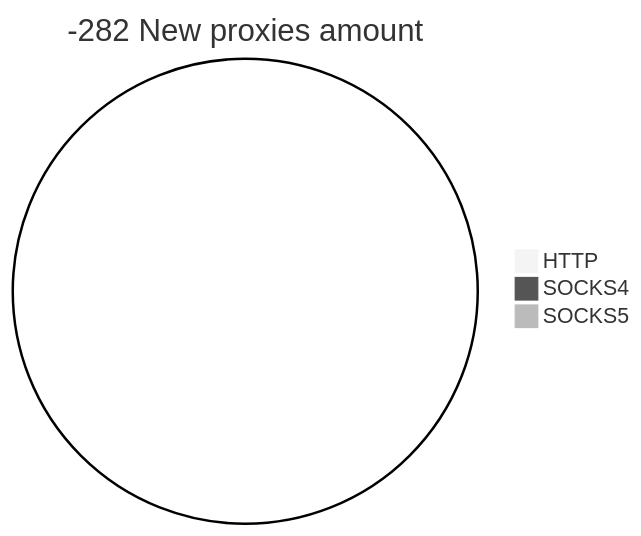
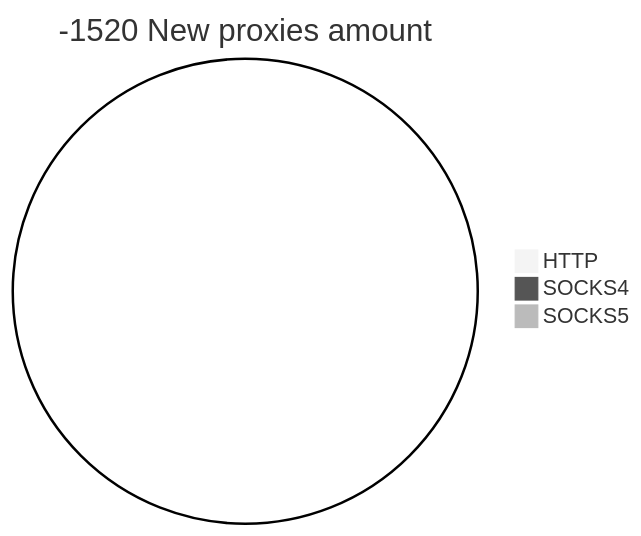
One commit to cutipu/proxylist changed the second of 2 diagrams in README.md. Above: the diagram before and after it, drawn with Mermaid (neutral theme). The commit also changed other lines of this file, not shown here.

````diff
--- a/README.md
+++ b/README.md
@@ -10,6 +10,6 @@
 ```mermaid
-pie title -282 New proxies amount
+pie title -1520 New proxies amount
     "HTTP" : 0
     "SOCKS4" : 0
     "SOCKS5" : 0
 ```
````
